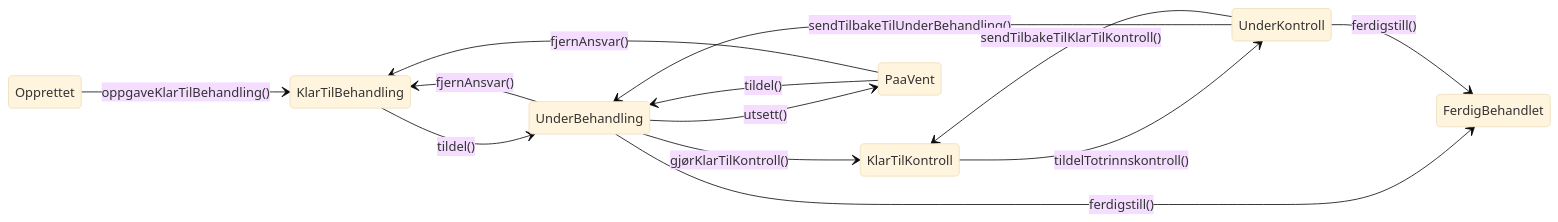
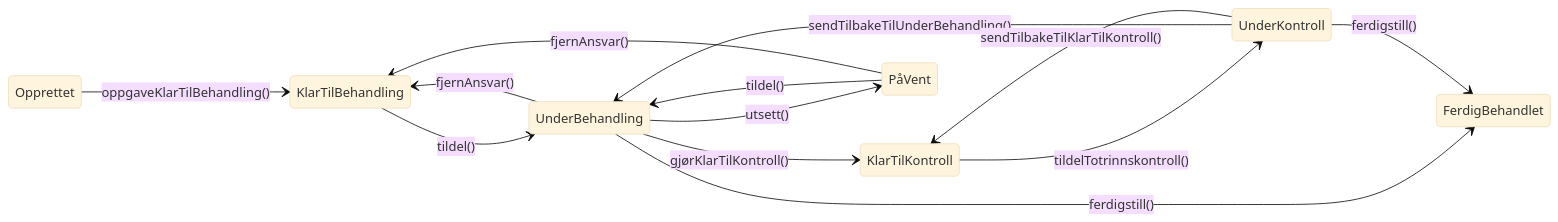
The diagram in dokumentasjon/Oppgavetilstand.md (navikt/dp-saksbehandling), drawn with Mermaid (base theme) before and after one commit. The commit also changed 9 other files, not shown here.

````diff
--- a/dokumentasjon/Oppgavetilstand.md
+++ b/dokumentasjon/Oppgavetilstand.md
@@ -3,17 +3,17 @@
 ```mermaid
 stateDiagram-v2
     direction LR
 
     Opprettet --> KlarTilBehandling : oppgaveKlarTilBehandling()
     KlarTilBehandling --> UnderBehandling : tildel()
     UnderBehandling --> KlarTilBehandling : fjernAnsvar()
     UnderBehandling --> KlarTilKontroll : gjørKlarTilKontroll()
-    UnderBehandling --> PaaVent : utsett()
+    UnderBehandling --> PåVent : utsett()
     UnderBehandling --> FerdigBehandlet : ferdigstill()
     KlarTilKontroll --> UnderKontroll : tildelTotrinnskontroll()
     UnderKontroll --> FerdigBehandlet : ferdigstill()
     UnderKontroll --> UnderBehandling : sendTilbakeTilUnderBehandling()
     UnderKontroll --> KlarTilKontroll : sendTilbakeTilKlarTilKontroll()
-    PaaVent --> UnderBehandling : tildel()
-    PaaVent --> KlarTilBehandling : fjernAnsvar()
+    PåVent --> UnderBehandling : tildel()
+    PåVent --> KlarTilBehandling : fjernAnsvar()
 ```
````
